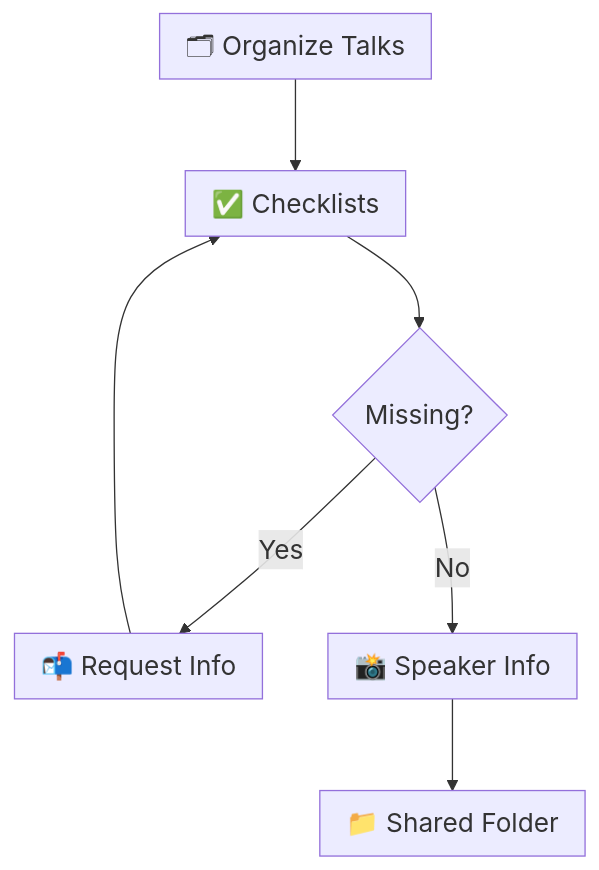
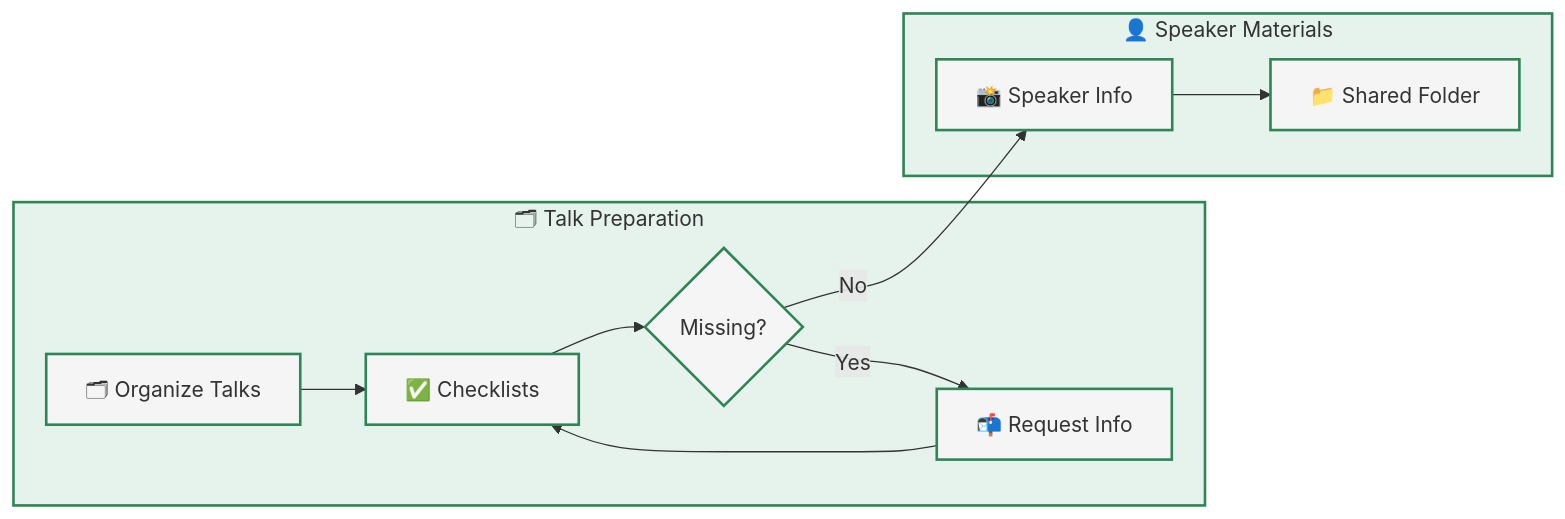
One commit to CBID2/VC-Community-Docs changed the third of 5 diagrams in docs/lightning-talks/processes/project-workflow.md. Above: the diagram before and after it, drawn with Mermaid. The commit also changed other lines of this file and 3 other files, not shown here.

First line of the commit message:
style: update Mermaid diagrams and section styling for consistency

````diff
--- a/docs/lightning-talks/processes/project-workflow.md
+++ b/docs/lightning-talks/processes/project-workflow.md
@@ -63,10 +101,23 @@
 ```mermaid
-%%{init: { "themeVariables": { "fontSize": "20px" }, "flowchart": { "nodeSpacing": 50, "rankSpacing": 70, "padding": 10 } } }%%
-flowchart TB
-  C1[🗂 Organize Talks] --> C2[✅ Checklists]
-  C2 --> C0{Missing?}
-  C0 -- Yes --> C5[📬 Request Info]
-  C5 --> C2
-  C0 -- No --> C3[📸 Speaker Info]
-  C3 --> C4[📁 Shared Folder]
+flowchart LR
+  %% Left Column - Talk Organization
+  subgraph A[🗂 Talk Preparation]
+    A1[🗂 Organize Talks] --> A2[✅ Checklists]
+    A2 --> A3{Missing?}
+    A3 -- Yes --> A4[📬 Request Info]
+    A4 --> A2
+  end
+
+  %% Right Column - Speaker Materials
+  subgraph B[👤 Speaker Materials]
+    B1[📸 Speaker Info] --> B2[📁 Shared Folder]
+  end
+
+  %% Flow between columns
+  A3 -- No --> B1
+
+  %% Styling
+  classDef default fill:#f5f5f5,stroke:#2e8555,stroke-width:2px,color:#333;
+  classDef process fill:#e6f3ed,stroke:#2e8555,stroke-width:2px,color:#333;
+  class A,B process;
 ```
````
